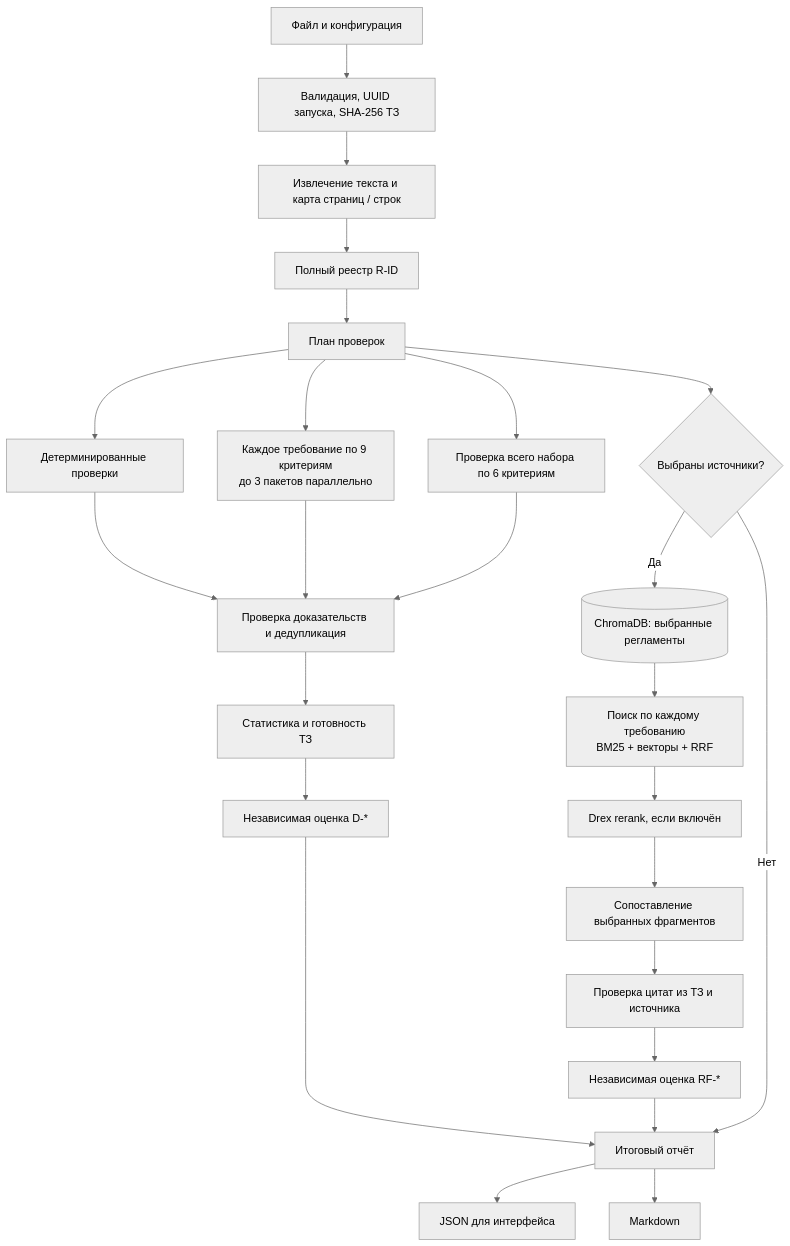
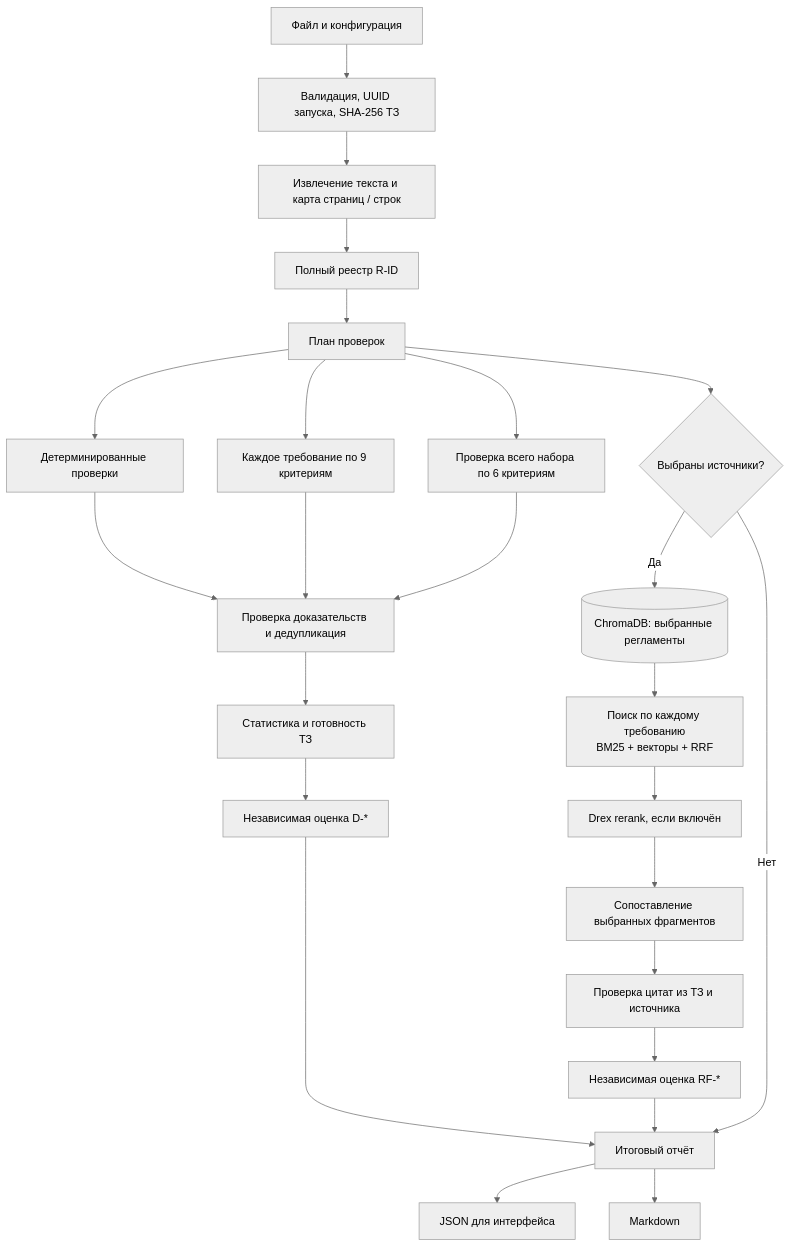
Before and after one commit to Feruum/Darumleye: the second of 7 diagrams in vibe/docs/SPEC_REVIEW_ARCHITECTURE.ru.md, drawn with Mermaid (neutral theme). The commit also changed other lines of this file and 16 other files, not shown here.

````diff
--- a/vibe/docs/SPEC_REVIEW_ARCHITECTURE.ru.md
+++ b/vibe/docs/SPEC_REVIEW_ARCHITECTURE.ru.md
@@ -92,27 +92,27 @@
 ```mermaid
 flowchart TD
     Input[Файл и конфигурация] --> Accept[Валидация, UUID запуска, SHA-256 ТЗ]
     Accept --> Units[Извлечение текста и карта страниц / строк]
     Units --> Extract[Полный реестр R-ID]
     Extract --> Plan[План проверок]
     Plan --> Code[Детерминированные проверки]
-    Plan --> Individual[Каждое требование по 9 критериям<br/>до 3 пакетов параллельно]
+    Plan --> Individual[Каждое требование по 9 критериям]
     Plan --> Set[Проверка всего набора по 6 критериям]
     Plan --> Refs{Выбраны источники?}
     Refs -->|Да| Chroma[(ChromaDB: выбранные регламенты)]
     Chroma --> RAG[Поиск по каждому требованию<br/>BM25 + векторы + RRF]
     RAG --> Rerank[Drex rerank, если включён]
     Rerank --> Compliance[Сопоставление выбранных фрагментов]
     Compliance --> VRef[Проверка цитат из ТЗ и источника]
     VRef --> RefDrex[Независимая оценка RF-*]
     Code --> V3[Проверка доказательств и дедупликация]
     Individual --> V3
     Set --> V3
     V3 --> Core[Статистика и готовность ТЗ]
     Core --> Drex[Независимая оценка D-*]
     Drex --> Render[Итоговый отчёт]
     RefDrex --> Render
     Refs -->|Нет| Render
     Render --> JSON[JSON для интерфейса]
     Render --> MD[Markdown]
 ```
````
